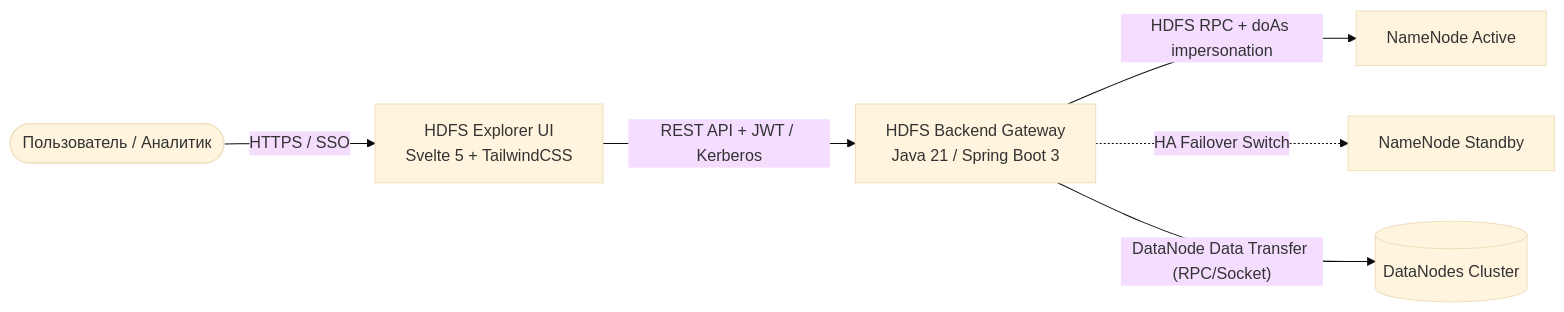
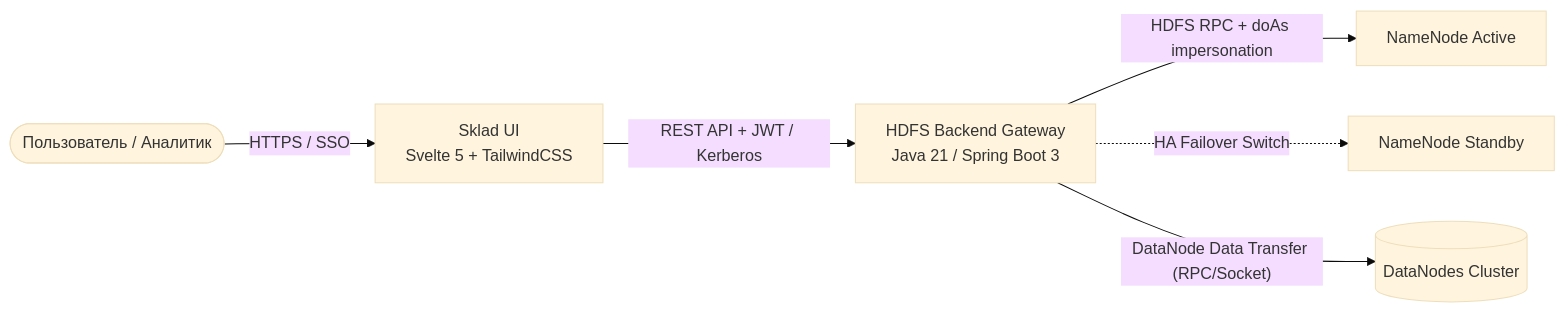
One commit to balookrd/hadoop-explorer changed the first of 2 diagrams in docs/hdfs-user-guide.md. Above: the diagram before and after it, drawn with Mermaid (base theme). The commit also changed other lines of this file and 197 other files, not shown here.

Commit message:
refactor!: rename HDFS Explorer service to Sklad

````diff
--- a/docs/hdfs-user-guide.md
+++ b/docs/hdfs-user-guide.md
@@ -45,8 +45,8 @@
 ```mermaid
 graph LR
-    User(["Пользователь / Аналитик"]) -->|"HTTPS / SSO"| Frontend["HDFS Explorer UI\nSvelte 5 + TailwindCSS"]
+    User(["Пользователь / Аналитик"]) -->|"HTTPS / SSO"| Frontend["Sklad UI\nSvelte 5 + TailwindCSS"]
     Frontend -->|"REST API + JWT / Kerberos"| Gateway["HDFS Backend Gateway\nJava 21 / Spring Boot 3"]
     Gateway -->|"HDFS RPC + doAs impersonation"| NameNodeActive["NameNode Active"]
     Gateway -.->|"HA Failover Switch"| NameNodeStandby["NameNode Standby"]
     Gateway -->|"DataNode Data Transfer (RPC/Socket)"| DataNodes[("DataNodes Cluster")]
 ```
````
